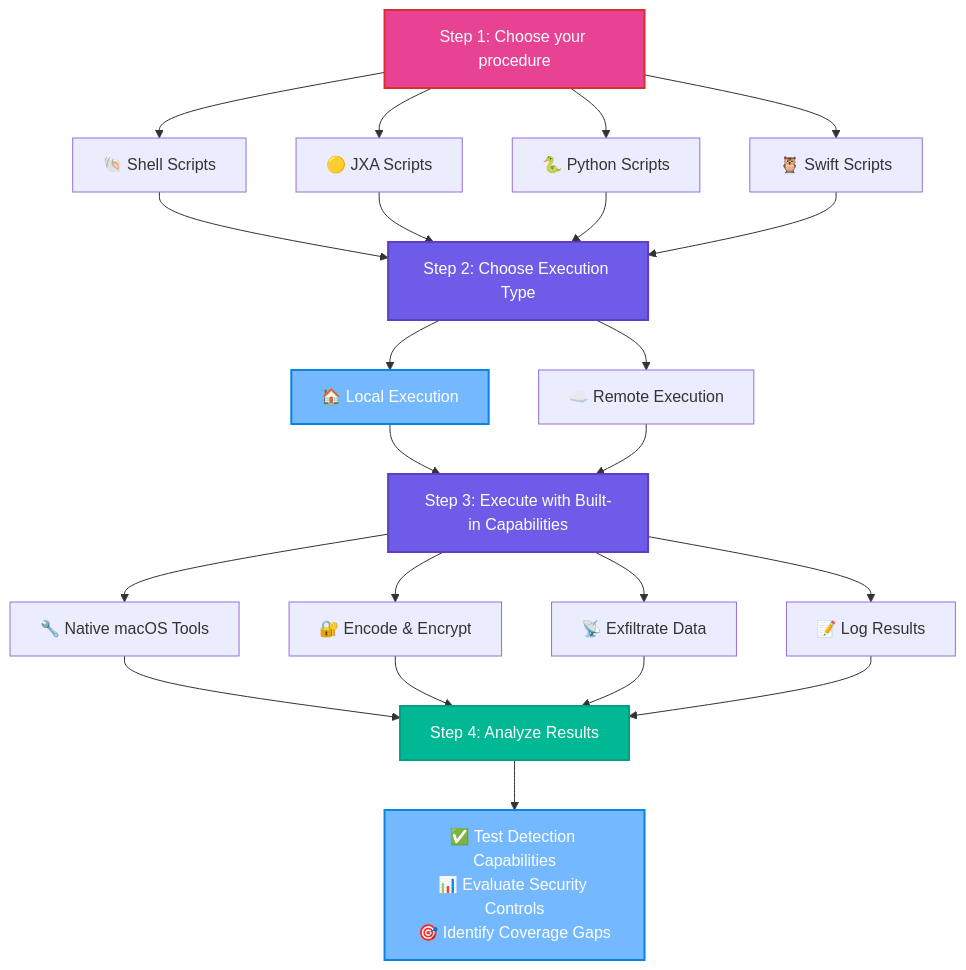
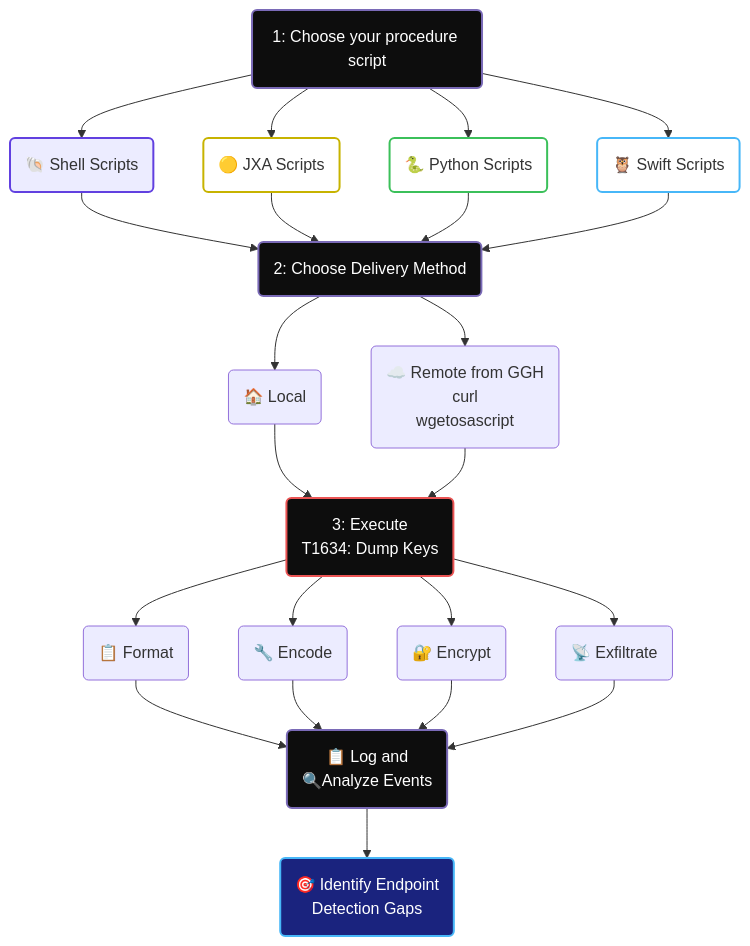
The fourth of 4 diagrams in README.md (darmado/attack-macOS), drawn with Mermaid before and after one commit. The commit also changed other lines of this file and 59 other files, not shown here.

````diff
--- a/README.md
+++ b/README.md
@@ -96,37 +92,40 @@
 ```mermaid
 flowchart TD
-    A[Step 1: Choose your procedure] --> A1["🐚 Shell Scripts"]
-    A --> A2["🟡 JXA Scripts"]
-    A --> A3["🐍 Python Scripts"]
-    A --> A4["🦉 Swift Scripts"]
+    A( 1: Choose your procedure script) --> A1("🐚 Shell Scripts")
+    A --> A2("🟡 JXA Scripts")
+    A --> A3("🐍 Python Scripts")
+    A --> A4("🦉 Swift Scripts")
     
-    A1 --> B[Step 2: Choose Execution Type]
+    A1 --> B( 2: Choose Delivery Method)
     A2 --> B
     A3 --> B
     A4 --> B
     
-    B --> B1["🏠 Local Execution"]
-    B --> B2["☁️ Remote Execution"]
+    B --> B1("🏠 Local ")
+    B --> B2("☁️ Remote from GGH</br>curl</br>wget</>osascript ")
     
-    B1 --> C[Step 3: Execute with Built-in Capabilities]
+    B1 --> C(3: Execute</br>T1634: Dump Keys)
     B2 --> C
     
-    C --> C1["🔧 Native macOS Tools"]
-    C --> C2["🔐 Encode & Encrypt"]
-    C --> C3["📡 Exfiltrate Data"]
-    C --> C4["📝 Log Results"]
+    C --> C1("📋 Format")
+    C --> C2("🔧 Encode")
+    C --> C3("🔐 Encrypt")
+    C --> C4("📡 Exfiltrate")
     
-    C1 --> D[Step 4: Analyze Results]
+    C1 --> D("📋 Log and<br>🔍Analyze Events")
     C2 --> D
     C3 --> D
     C4 --> D
     
-    D --> D1["✅ Test Detection Capabilities<br/>📊 Evaluate Security Controls<br/>🎯 Identify Coverage Gaps"]
+    D --> D1("🎯 Identify Endpoint</br>Detection Gaps")
     
-    style A fill:#e84393,stroke:#d63031,stroke-width:2px,color:#fff
-    style B fill:#6c5ce7,stroke:#5f3dc4,stroke-width:2px,color:#fff
-    style B1 fill:#74b9ff,stroke:#0984e3,stroke-width:2px,color:#fff
-    style C fill:#6c5ce7,stroke:#5f3dc4,stroke-width:2px,color:#fff
-    style D fill:#00b894,stroke:#00a085,stroke-width:2px,color:#fff
-    style D1 fill:#74b9ff,stroke:#0984e3,stroke-width:2px,color:#fff
+    style A1 fill:transprent,stroke:#6140E0,stroke-width:2px
+    style A2 fill:transparent,stroke:#C7B300,stroke-width:2px
+    style A3 fill:transparent,stroke:#3BC05A, stroke-width:2px
+    style A4 fill:transparent,stroke:#47B7F8, stroke-width:2px
+    style A fill:#0D0D0D,stroke:#7A6AB7,stroke-width:2px,color:#fff
+    style B fill:#0D0D0D,stroke:#7A6AB7,stroke-width:2px,color:#fff
+    style C fill:#0D0D0D,stroke:#EB5454,stroke-width:2px,color:#fff
+    style D fill:#0D0D0D,stroke:#7A6AB7,stroke-width:2px,color:#fff
+    style D1 fill:#1a237e,stroke:#47B7F8,stroke-width:2px,color:#fff
 ```
````
